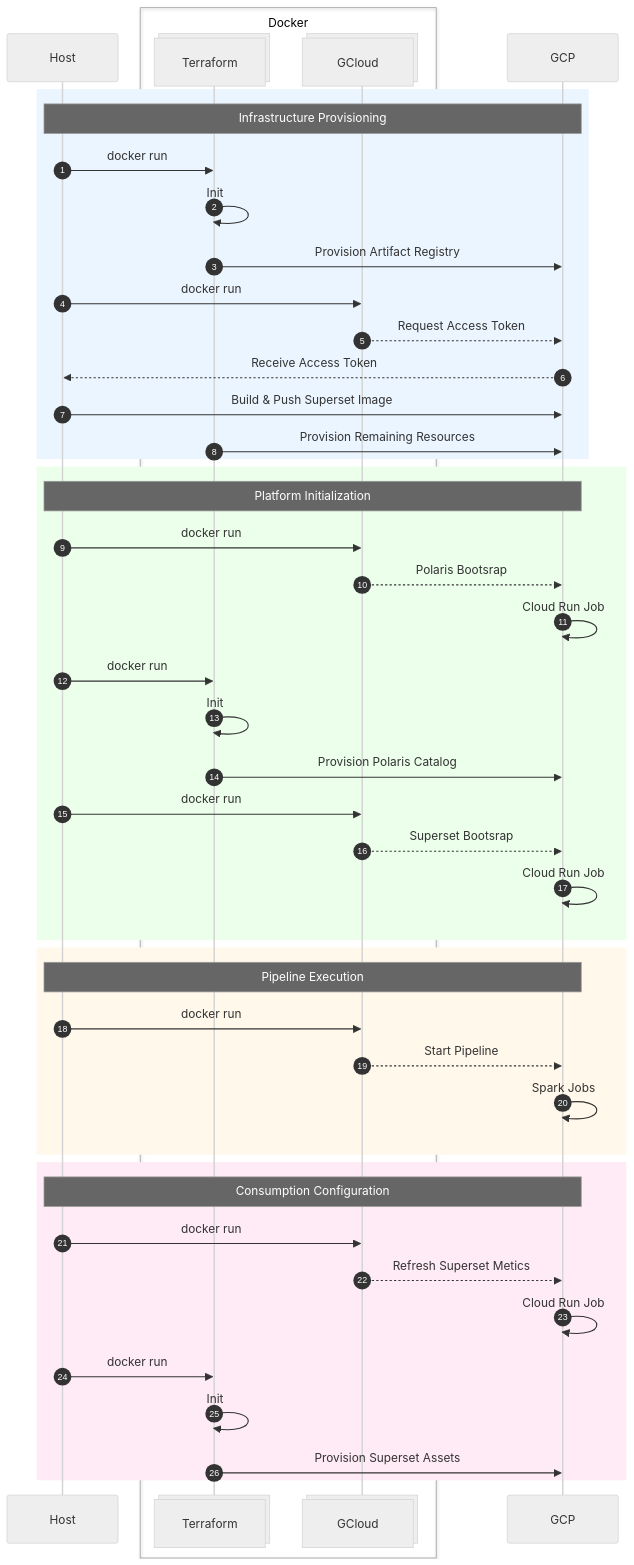
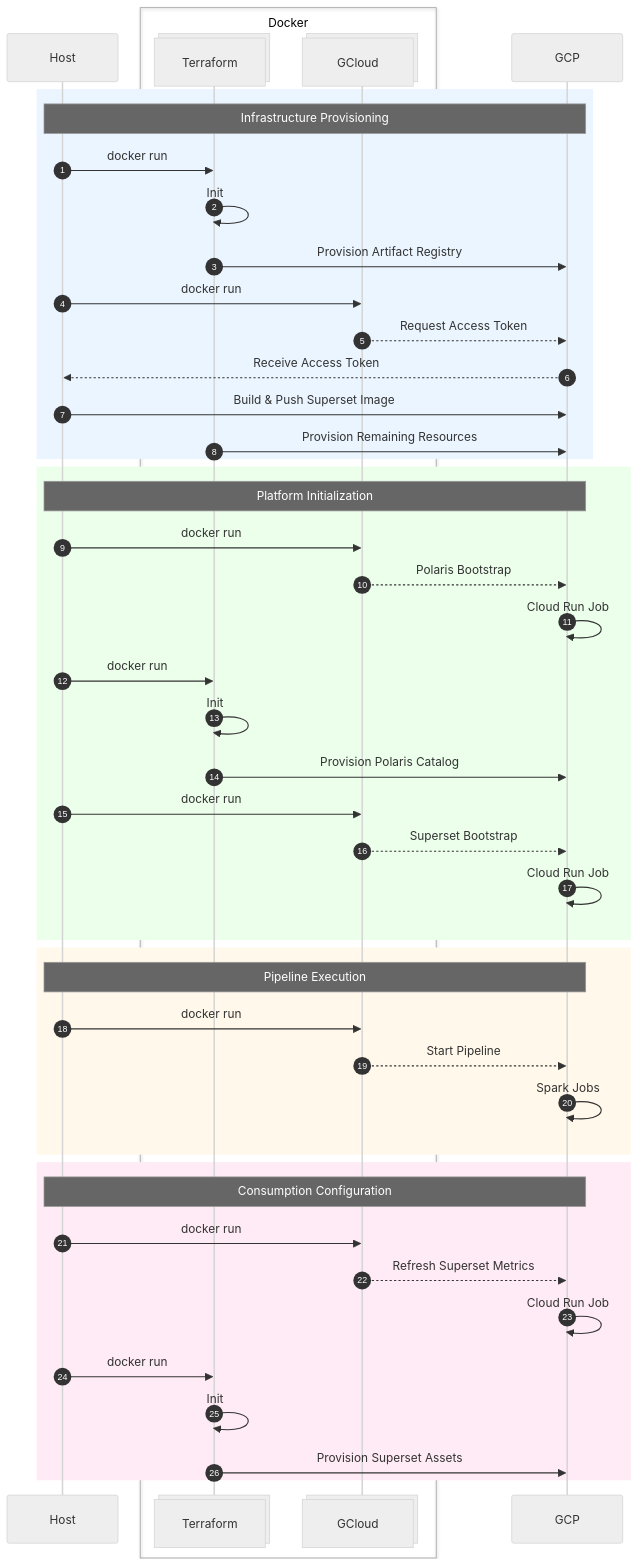
One commit to Rez99/data-engineering-portfolio changed the second of 2 diagrams in project-2-cloud-lakehouse/README.md. Above: the diagram before and after it, drawn with Mermaid (neutral theme). The commit also changed other lines of this file, not shown here.

````diff
--- a/project-2-cloud-lakehouse/README.md
+++ b/project-2-cloud-lakehouse/README.md
@@ -270,54 +181,54 @@
 ```mermaid
 sequenceDiagram
     autonumber
 
     participant Host
     box Docker
     participant Terraform@{ "type" : "collections" }
     participant GCloud@{ "type" : "collections" }
     end
 
     participant GCP
     
     rect rgb(235,245,255)
     Note over Host,GCP: Infrastructure Provisioning
     Host->>Terraform: docker run
     Terraform->>Terraform: Init
     Terraform->>GCP: Provision Artifact Registry
     Host->>GCloud: docker run
     GCloud-->>GCP: Request Access Token
     GCP-->>Host: Receive Access Token
     Host->>GCP: Build & Push Superset Image
     Terraform->>GCP: Provision Remaining Resources
     end
 
     rect rgb(235,255,235)
     Note over Host,GCP: Platform Initialization
     Host->>GCloud: docker run
-    GCloud-->>GCP: Polaris Bootsrap
+    GCloud-->>GCP: Polaris Bootstrap
     GCP->>GCP: Cloud Run Job
     Host->>Terraform: docker run
     Terraform->>Terraform: Init
     Terraform->>GCP: Provision Polaris Catalog
     Host->>GCloud: docker run
-    GCloud-->>GCP: Superset Bootsrap
+    GCloud-->>GCP: Superset Bootstrap
     GCP->>GCP: Cloud Run Job
     end
 
     rect rgb(255,248,235)
     Note over Host,GCP: Pipeline Execution
     Host->>GCloud: docker run
     GCloud-->>GCP: Start Pipeline
     GCP->>GCP: Spark Jobs
     end 
 
     rect rgb(255,235,245)
     Note over Host,GCP: Consumption Configuration
     Host->>GCloud: docker run
-    GCloud-->>GCP: Refresh Superset Metics
+    GCloud-->>GCP: Refresh Superset Metrics
     GCP->>GCP: Cloud Run Job
     Host->>Terraform: docker run
     Terraform->>Terraform: Init
     Terraform->>GCP: Provision Superset Assets
     end
 ```
````
